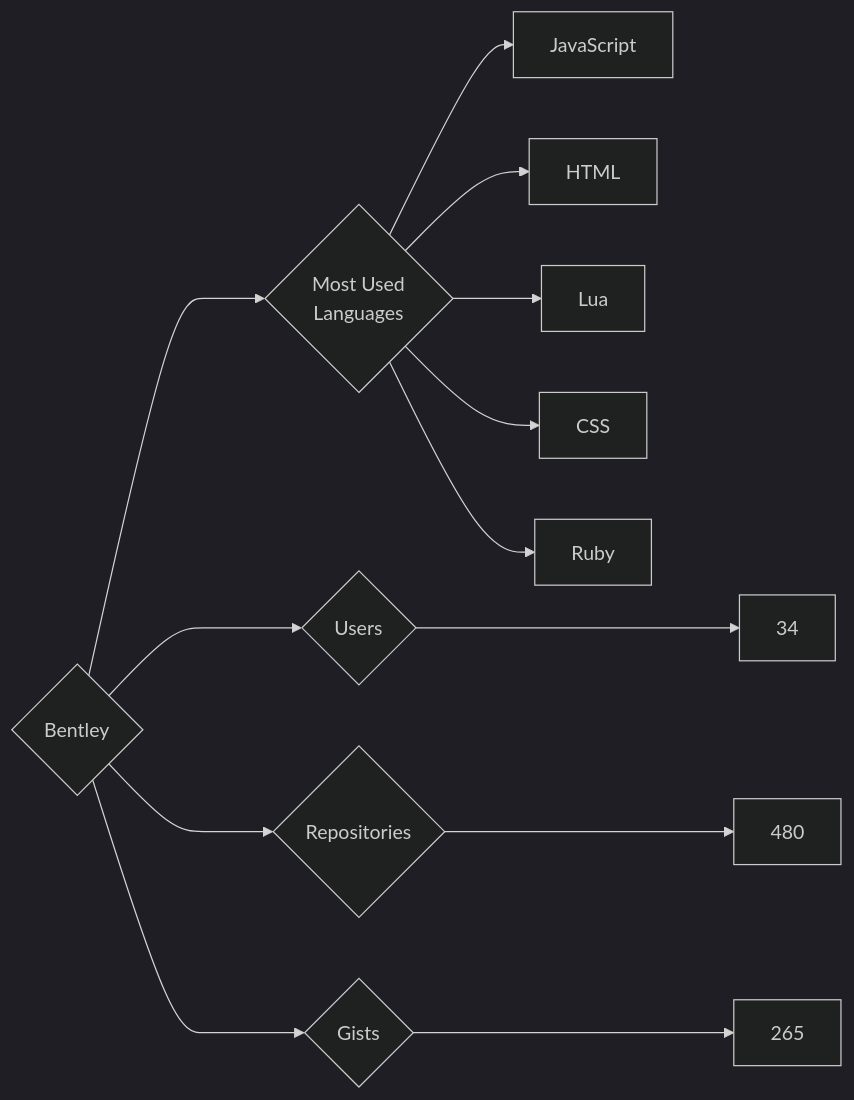
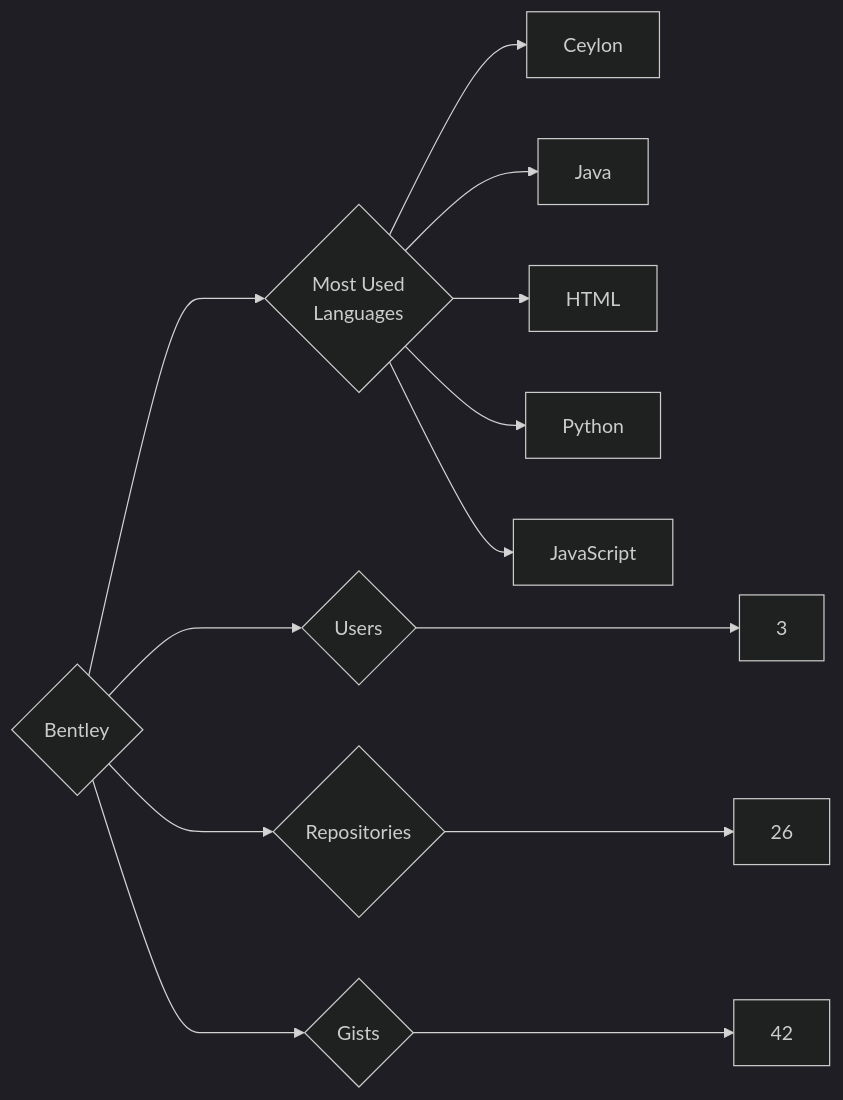
The diagram in targets/Bentley/README.md (trickest/insiders), drawn with Mermaid (dark theme) before and after one commit. The commit also changed 914 other files, not shown here.

````diff
--- a/targets/Bentley/README.md
+++ b/targets/Bentley/README.md
@@ -3,13 +3,13 @@
 ```mermaid
 graph LR
 COMPANY_NAME{Bentley}
-COMPANY_NAME ---> U{Users} ---> UN[34]
-COMPANY_NAME ---> R{Repositories} ---> RN[480]
-COMPANY_NAME ---> G{Gists} ---> GN[265]
+COMPANY_NAME ---> U{Users} ---> UN[3]
+COMPANY_NAME ---> R{Repositories} ---> RN[26]
+COMPANY_NAME ---> G{Gists} ---> GN[42]
 COMPANY_NAME ---> ML{Most Used<br>Languages}
+ML --> Ceylon[Ceylon]
+ML --> Java[Java]
+ML --> HTML[HTML]
+ML --> Python[Python]
 ML --> JavaScript[JavaScript]
-ML --> HTML[HTML]
-ML --> Lua[Lua]
-ML --> CSS[CSS]
-ML --> Ruby[Ruby]
 ```
````
